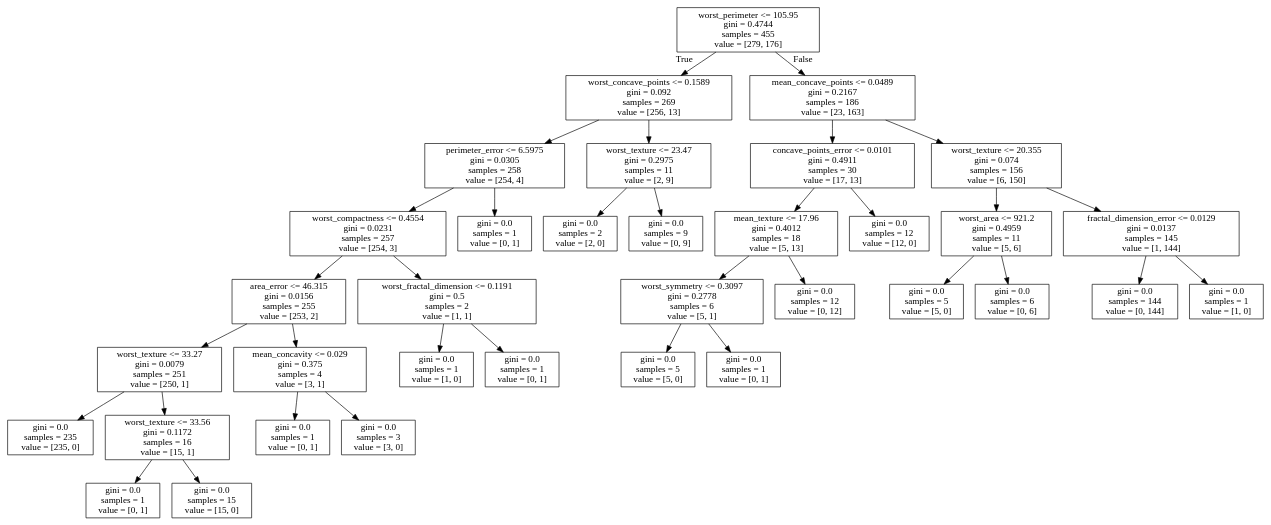
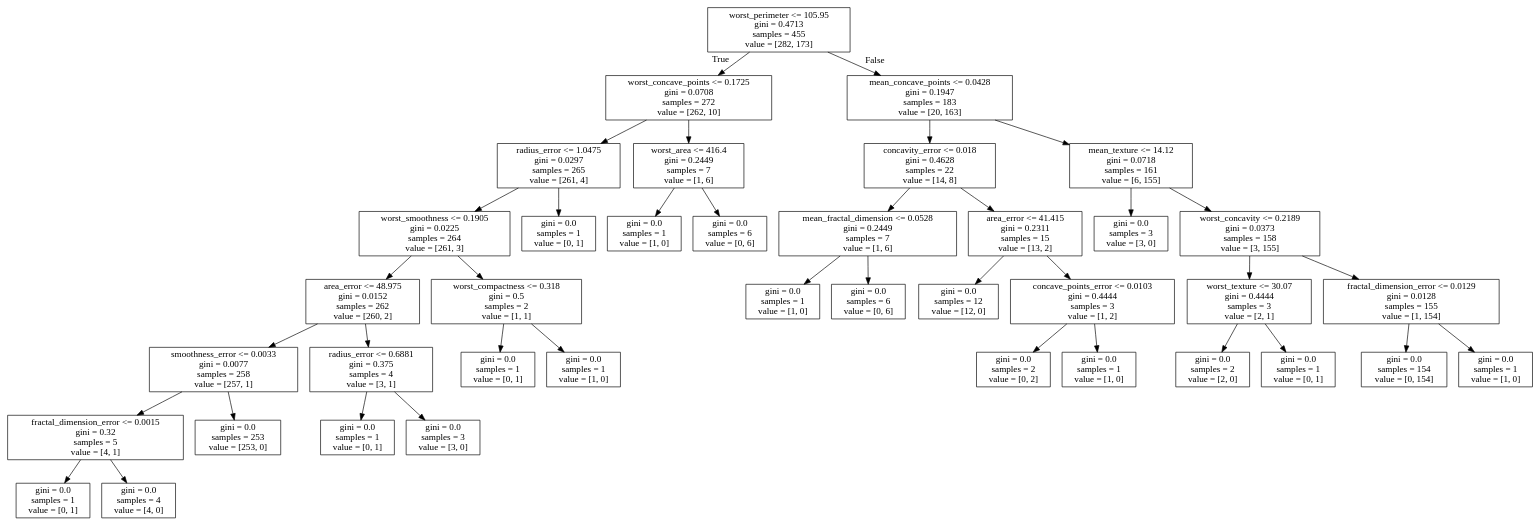
The diagram in Breast-Cancer/tree_train.dot (filga/ML_Sandbox), drawn with Graphviz before and after one commit. The commit also changed 5 other files, not shown here.

```diff
--- a/Breast-Cancer/tree_train.dot
+++ b/Breast-Cancer/tree_train.dot
@@ -1,72 +1,80 @@
 digraph Tree {
 node [shape=box] ;
-0 [label="worst_perimeter <= 105.95\ngini = 0.4744\nsamples = 455\nvalue = [279, 176]"] ;
-1 [label="worst_concave_points <= 0.1589\ngini = 0.092\nsamples = 269\nvalue = [256, 13]"] ;
+0 [label="worst_perimeter <= 105.95\ngini = 0.4713\nsamples = 455\nvalue = [282, 173]"] ;
+1 [label="worst_concave_points <= 0.1725\ngini = 0.0708\nsamples = 272\nvalue = [262, 10]"] ;
 0 -> 1 [labeldistance=2.5, labelangle=45, headlabel="True"] ;
-2 [label="perimeter_error <= 6.5975\ngini = 0.0305\nsamples = 258\nvalue = [254, 4]"] ;
+2 [label="radius_error <= 1.0475\ngini = 0.0297\nsamples = 265\nvalue = [261, 4]"] ;
 1 -> 2 ;
-3 [label="worst_compactness <= 0.4554\ngini = 0.0231\nsamples = 257\nvalue = [254, 3]"] ;
+3 [label="worst_smoothness <= 0.1905\ngini = 0.0225\nsamples = 264\nvalue = [261, 3]"] ;
 2 -> 3 ;
-4 [label="area_error <= 46.315\ngini = 0.0156\nsamples = 255\nvalue = [253, 2]"] ;
+4 [label="area_error <= 48.975\ngini = 0.0152\nsamples = 262\nvalue = [260, 2]"] ;
 3 -> 4 ;
-5 [label="worst_texture <= 33.27\ngini = 0.0079\nsamples = 251\nvalue = [250, 1]"] ;
+5 [label="smoothness_error <= 0.0033\ngini = 0.0077\nsamples = 258\nvalue = [257, 1]"] ;
 4 -> 5 ;
-6 [label="gini = 0.0\nsamples = 235\nvalue = [235, 0]"] ;
+6 [label="fractal_dimension_error <= 0.0015\ngini = 0.32\nsamples = 5\nvalue = [4, 1]"] ;
 5 -> 6 ;
-7 [label="worst_texture <= 33.56\ngini = 0.1172\nsamples = 16\nvalue = [15, 1]"] ;
-5 -> 7 ;
-8 [label="gini = 0.0\nsamples = 1\nvalue = [0, 1]"] ;
-7 -> 8 ;
-9 [label="gini = 0.0\nsamples = 15\nvalue = [15, 0]"] ;
-7 -> 9 ;
-10 [label="mean_concavity <= 0.029\ngini = 0.375\nsamples = 4\nvalue = [3, 1]"] ;
+7 [label="gini = 0.0\nsamples = 1\nvalue = [0, 1]"] ;
+6 -> 7 ;
+8 [label="gini = 0.0\nsamples = 4\nvalue = [4, 0]"] ;
+6 -> 8 ;
+9 [label="gini = 0.0\nsamples = 253\nvalue = [253, 0]"] ;
+5 -> 9 ;
+10 [label="radius_error <= 0.6881\ngini = 0.375\nsamples = 4\nvalue = [3, 1]"] ;
 4 -> 10 ;
 11 [label="gini = 0.0\nsamples = 1\nvalue = [0, 1]"] ;
 10 -> 11 ;
 12 [label="gini = 0.0\nsamples = 3\nvalue = [3, 0]"] ;
 10 -> 12 ;
-13 [label="worst_fractal_dimension <= 0.1191\ngini = 0.5\nsamples = 2\nvalue = [1, 1]"] ;
+13 [label="worst_compactness <= 0.318\ngini = 0.5\nsamples = 2\nvalue = [1, 1]"] ;
 3 -> 13 ;
-14 [label="gini = 0.0\nsamples = 1\nvalue = [1, 0]"] ;
+14 [label="gini = 0.0\nsamples = 1\nvalue = [0, 1]"] ;
 13 -> 14 ;
-15 [label="gini = 0.0\nsamples = 1\nvalue = [0, 1]"] ;
+15 [label="gini = 0.0\nsamples = 1\nvalue = [1, 0]"] ;
 13 -> 15 ;
 16 [label="gini = 0.0\nsamples = 1\nvalue = [0, 1]"] ;
 2 -> 16 ;
-17 [label="worst_texture <= 23.47\ngini = 0.2975\nsamples = 11\nvalue = [2, 9]"] ;
+17 [label="worst_area <= 416.4\ngini = 0.2449\nsamples = 7\nvalue = [1, 6]"] ;
 1 -> 17 ;
-18 [label="gini = 0.0\nsamples = 2\nvalue = [2, 0]"] ;
+18 [label="gini = 0.0\nsamples = 1\nvalue = [1, 0]"] ;
 17 -> 18 ;
-19 [label="gini = 0.0\nsamples = 9\nvalue = [0, 9]"] ;
+19 [label="gini = 0.0\nsamples = 6\nvalue = [0, 6]"] ;
 17 -> 19 ;
-20 [label="mean_concave_points <= 0.0489\ngini = 0.2167\nsamples = 186\nvalue = [23, 163]"] ;
+20 [label="mean_concave_points <= 0.0428\ngini = 0.1947\nsamples = 183\nvalue = [20, 163]"] ;
 0 -> 20 [labeldistance=2.5, labelangle=-45, headlabel="False"] ;
-21 [label="concave_points_error <= 0.0101\ngini = 0.4911\nsamples = 30\nvalue = [17, 13]"] ;
+21 [label="concavity_error <= 0.018\ngini = 0.4628\nsamples = 22\nvalue = [14, 8]"] ;
 20 -> 21 ;
-22 [label="mean_texture <= 17.96\ngini = 0.4012\nsamples = 18\nvalue = [5, 13]"] ;
+22 [label="mean_fractal_dimension <= 0.0528\ngini = 0.2449\nsamples = 7\nvalue = [1, 6]"] ;
 21 -> 22 ;
-23 [label="worst_symmetry <= 0.3097\ngini = 0.2778\nsamples = 6\nvalue = [5, 1]"] ;
+23 [label="gini = 0.0\nsamples = 1\nvalue = [1, 0]"] ;
 22 -> 23 ;
-24 [label="gini = 0.0\nsamples = 5\nvalue = [5, 0]"] ;
-23 -> 24 ;
-25 [label="gini = 0.0\nsamples = 1\nvalue = [0, 1]"] ;
-23 -> 25 ;
-26 [label="gini = 0.0\nsamples = 12\nvalue = [0, 12]"] ;
-22 -> 26 ;
-27 [label="gini = 0.0\nsamples = 12\nvalue = [12, 0]"] ;
-21 -> 27 ;
-28 [label="worst_texture <= 20.355\ngini = 0.074\nsamples = 156\nvalue = [6, 150]"] ;
-20 -> 28 ;
-29 [label="worst_area <= 921.2\ngini = 0.4959\nsamples = 11\nvalue = [5, 6]"] ;
-28 -> 29 ;
-30 [label="gini = 0.0\nsamples = 5\nvalue = [5, 0]"] ;
-29 -> 30 ;
-31 [label="gini = 0.0\nsamples = 6\nvalue = [0, 6]"] ;
-29 -> 31 ;
-32 [label="fractal_dimension_error <= 0.0129\ngini = 0.0137\nsamples = 145\nvalue = [1, 144]"] ;
-28 -> 32 ;
-33 [label="gini = 0.0\nsamples = 144\nvalue = [0, 144]"] ;
+24 [label="gini = 0.0\nsamples = 6\nvalue = [0, 6]"] ;
+22 -> 24 ;
+25 [label="area_error <= 41.415\ngini = 0.2311\nsamples = 15\nvalue = [13, 2]"] ;
+21 -> 25 ;
+26 [label="gini = 0.0\nsamples = 12\nvalue = [12, 0]"] ;
+25 -> 26 ;
+27 [label="concave_points_error <= 0.0103\ngini = 0.4444\nsamples = 3\nvalue = [1, 2]"] ;
+25 -> 27 ;
+28 [label="gini = 0.0\nsamples = 2\nvalue = [0, 2]"] ;
+27 -> 28 ;
+29 [label="gini = 0.0\nsamples = 1\nvalue = [1, 0]"] ;
+27 -> 29 ;
+30 [label="mean_texture <= 14.12\ngini = 0.0718\nsamples = 161\nvalue = [6, 155]"] ;
+20 -> 30 ;
+31 [label="gini = 0.0\nsamples = 3\nvalue = [3, 0]"] ;
+30 -> 31 ;
+32 [label="worst_concavity <= 0.2189\ngini = 0.0373\nsamples = 158\nvalue = [3, 155]"] ;
+30 -> 32 ;
+33 [label="worst_texture <= 30.07\ngini = 0.4444\nsamples = 3\nvalue = [2, 1]"] ;
 32 -> 33 ;
-34 [label="gini = 0.0\nsamples = 1\nvalue = [1, 0]"] ;
-32 -> 34 ;
+34 [label="gini = 0.0\nsamples = 2\nvalue = [2, 0]"] ;
+33 -> 34 ;
+35 [label="gini = 0.0\nsamples = 1\nvalue = [0, 1]"] ;
+33 -> 35 ;
+36 [label="fractal_dimension_error <= 0.0129\ngini = 0.0128\nsamples = 155\nvalue = [1, 154]"] ;
+32 -> 36 ;
+37 [label="gini = 0.0\nsamples = 154\nvalue = [0, 154]"] ;
+36 -> 37 ;
+38 [label="gini = 0.0\nsamples = 1\nvalue = [1, 0]"] ;
+36 -> 38 ;
 }
```
